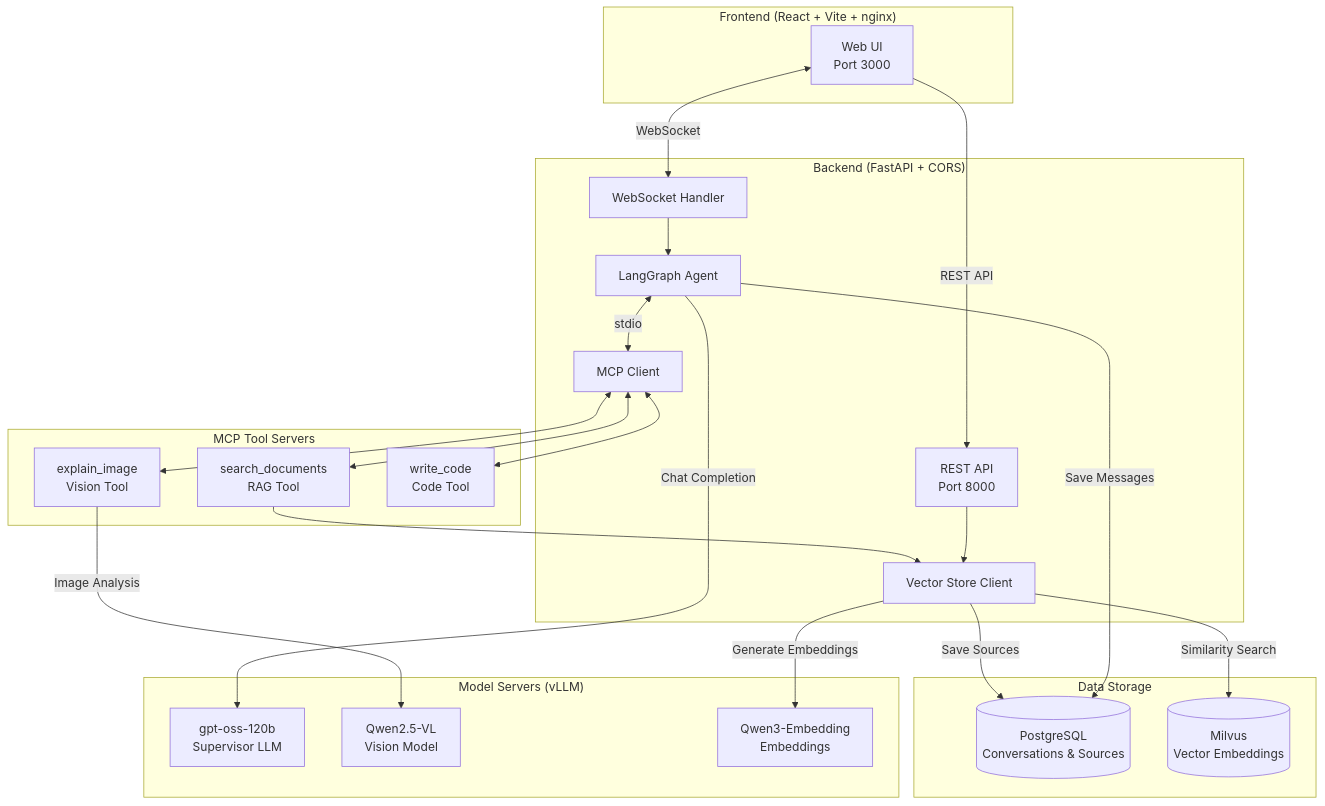
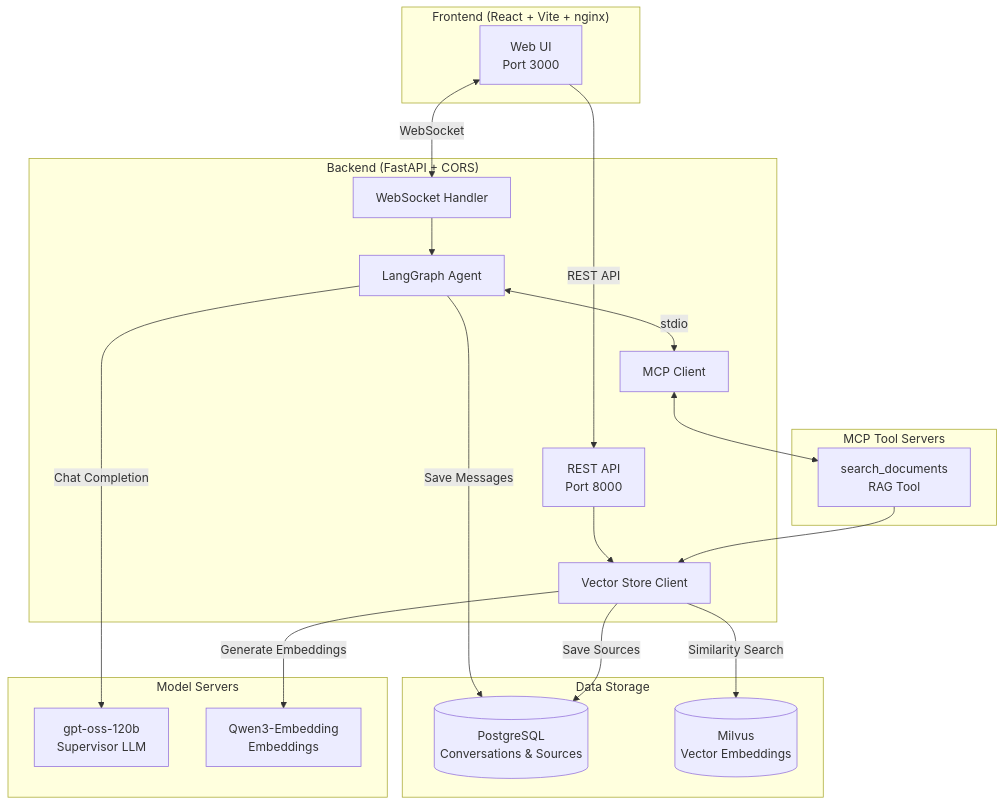
The first of 3 diagrams in README.md (devgig/rag-agent-chatbot), drawn with Mermaid before and after one commit. The commit also changed other lines of this file and 14 other files, not shown here.

````diff
--- a/README.md
+++ b/README.md
@@ -33,51 +33,45 @@
 ```mermaid
 flowchart TB
     subgraph Frontend["Frontend (React + Vite + nginx)"]
         UI[Web UI<br/>Port 3000]
     end
 
     subgraph Backend["Backend (FastAPI + CORS)"]
         API[REST API<br/>Port 8000]
         WSHandler[WebSocket Handler]
         Agent[LangGraph Agent]
         VectorStore[Vector Store Client]
         MCPClient[MCP Client]
     end
 
     subgraph MCPServers["MCP Tool Servers"]
         RAG[search_documents<br/>RAG Tool]
-        Vision[explain_image<br/>Vision Tool]
-        Code[write_code<br/>Code Tool]
     end
 
     subgraph Storage["Data Storage"]
         Postgres[(PostgreSQL<br/>Conversations & Sources)]
         Milvus[(Milvus<br/>Vector Embeddings)]
     end
 
-    subgraph Models["Model Servers (vLLM)"]
+    subgraph Models["Model Servers"]
         LLM[gpt-oss-120b<br/>Supervisor LLM]
-        VLM[Qwen2.5-VL<br/>Vision Model]
         Embed[Qwen3-Embedding<br/>Embeddings]
     end
 
     UI -->|REST API| API
     UI <-->|WebSocket| WSHandler
 
     WSHandler --> Agent
     API --> VectorStore
 
     Agent <-->|stdio| MCPClient
     MCPClient <--> RAG
-    MCPClient <--> Vision
-    MCPClient <--> Code
 
     Agent -->|Chat Completion| LLM
-    Vision -->|Image Analysis| VLM
     RAG --> VectorStore
     VectorStore -->|Similarity Search| Milvus
     VectorStore -->|Generate Embeddings| Embed
 
     Agent -->|Save Messages| Postgres
     VectorStore -->|Save Sources| Postgres
 ```
````
